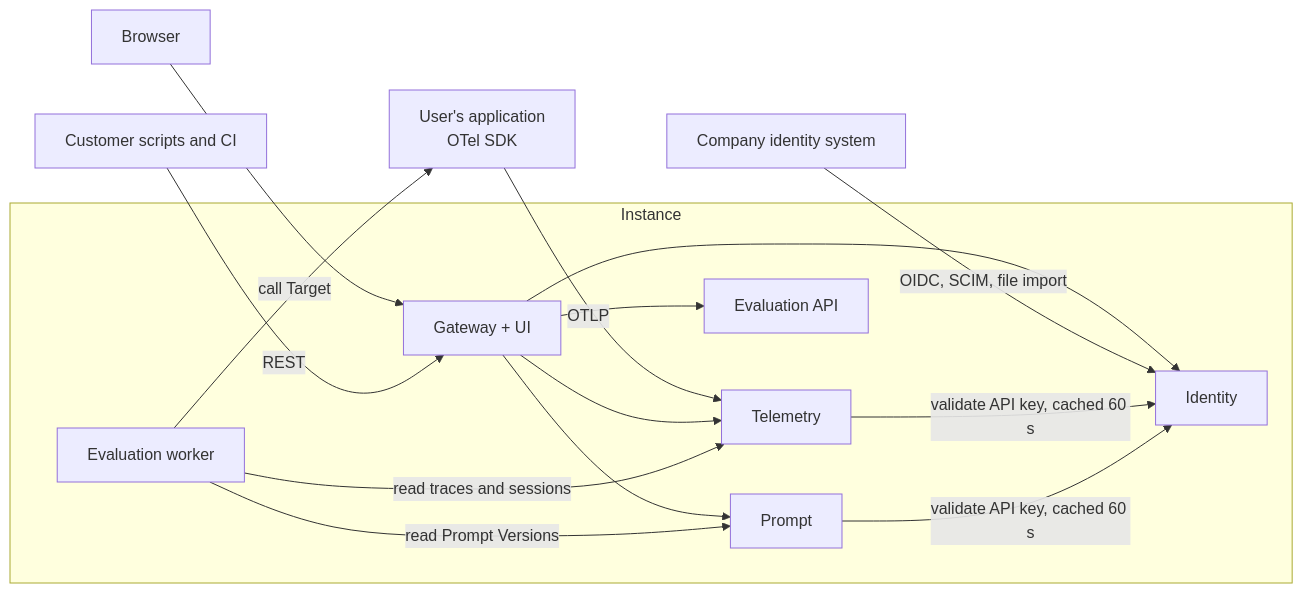
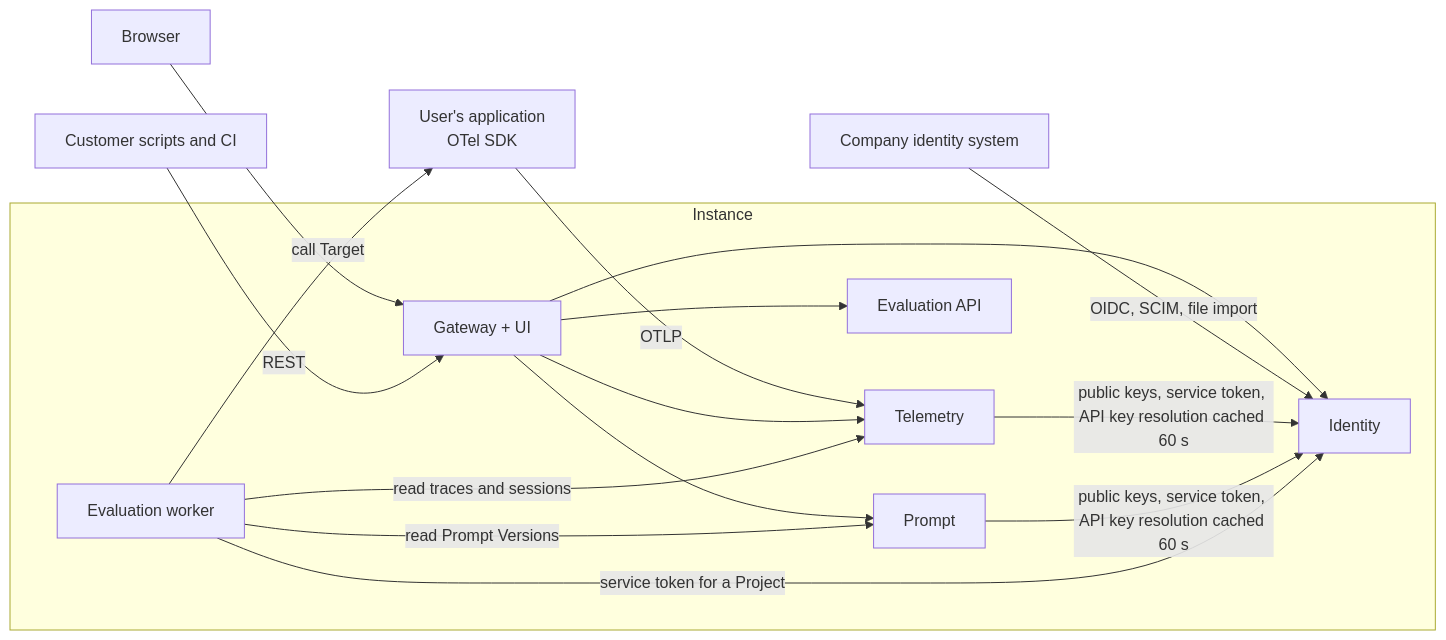
The first of 3 diagrams in docs/architecture.md (gallas-ai/extispex), drawn with Mermaid before and after one commit. The commit also changed other lines of this file and 102 other files, not shown here.

````diff
--- a/docs/architecture.md
+++ b/docs/architecture.md
@@ -34,30 +34,31 @@
 ```mermaid
 flowchart LR
   app["User's application<br/>OTel SDK"]
   browser["Browser"]
   client["Customer scripts and CI"]
   company["Company identity system"]
 
   subgraph instance["Instance"]
     gateway["Gateway + UI"]
     telemetry["Telemetry"]
     evaluation_api["Evaluation API"]
     evaluation_worker["Evaluation worker"]
     prompt["Prompt"]
     identity["Identity"]
   end
 
   app -- "OTLP" --> telemetry
   browser --> gateway
   client -- "REST" --> gateway
   gateway --> telemetry
   gateway --> evaluation_api
   gateway --> prompt
   gateway --> identity
   company -- "OIDC, SCIM, file import" --> identity
-  telemetry -- "validate API key, cached 60 s" --> identity
-  prompt -- "validate API key, cached 60 s" --> identity
+  telemetry -- "public keys, service token, API key resolution cached 60 s" --> identity
+  prompt -- "public keys, service token, API key resolution cached 60 s" --> identity
+  evaluation_worker -- "service token for a Project" --> identity
   evaluation_worker -- "read traces and sessions" --> telemetry
   evaluation_worker -- "read Prompt Versions" --> prompt
   evaluation_worker -- "call Target" --> app
 ```
````
